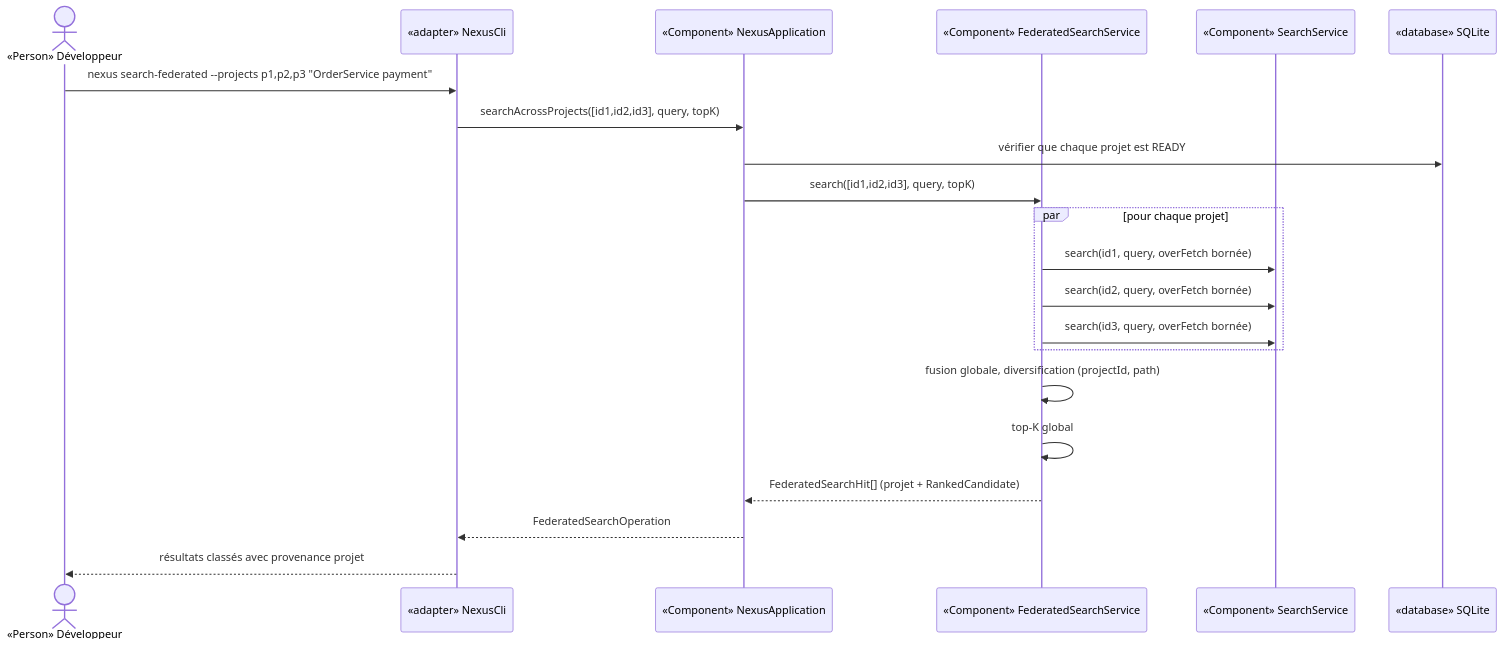
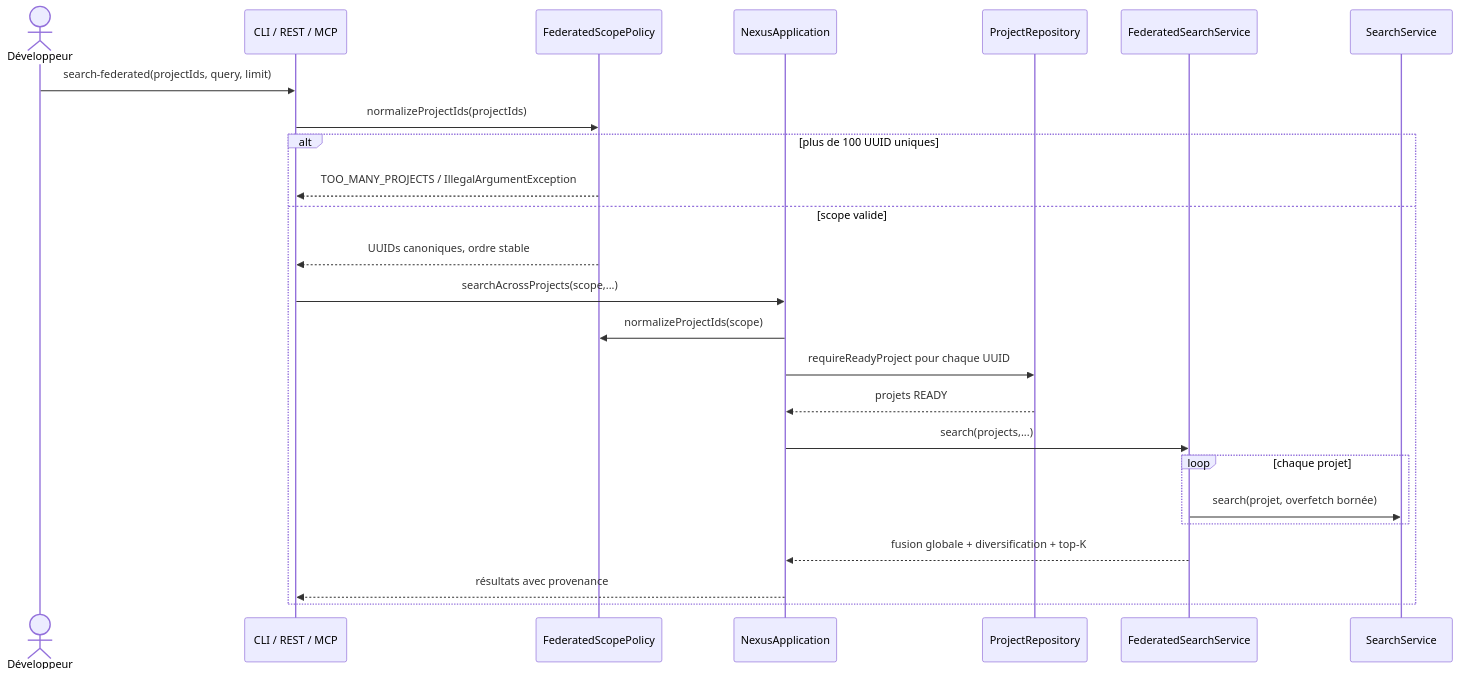
One commit to FTurleque/nexus-context-engine changed the third of 8 diagrams in docs/architecture/arc42/06-vue-execution.md. Above: the diagram before and after it, drawn with Mermaid. The commit also changed other lines of this file and 21 other files, not shown here.

````diff
--- a/docs/architecture/arc42/06-vue-execution.md
+++ b/docs/architecture/arc42/06-vue-execution.md
@@ -106,26 +82,28 @@
 ```mermaid
 sequenceDiagram
-    actor Dev as «Person» Développeur
-    participant CLI as «adapter» NexusCli
-    participant App as «Component» NexusApplication
-    participant FedSearch as «Component» FederatedSearchService
-    participant Search as «Component» SearchService
-    participant SQLiteDB as «database» SQLite
+    actor Dev as Développeur
+    participant Adapter as CLI / REST / MCP
+    participant Policy as FederatedScopePolicy
+    participant App as NexusApplication
+    participant Repo as ProjectRepository
+    participant Fed as FederatedSearchService
+    participant Search as SearchService
 
-    Dev->>CLI: nexus search-federated --projects p1,p2,p3 "OrderService payment"
-    CLI->>App: searchAcrossProjects([id1,id2,id3], query, topK)
-    App->>SQLiteDB: vérifier que chaque projet est READY
-    App->>FedSearch: search([id1,id2,id3], query, topK)
-
-    par pour chaque projet
-        FedSearch->>Search: search(id1, query, overFetch bornée)
-        FedSearch->>Search: search(id2, query, overFetch bornée)
-        FedSearch->>Search: search(id3, query, overFetch bornée)
+    Dev->>Adapter: search-federated(projectIds, query, limit)
+    Adapter->>Policy: normalizeProjectIds(projectIds)
+    alt plus de 100 UUID uniques
+        Policy-->>Adapter: TOO_MANY_PROJECTS / IllegalArgumentException
+    else scope valide
+        Policy-->>Adapter: UUIDs canoniques, ordre stable
+        Adapter->>App: searchAcrossProjects(scope,...)
+        App->>Policy: normalizeProjectIds(scope)
+        App->>Repo: requireReadyProject pour chaque UUID
+        Repo-->>App: projets READY
+        App->>Fed: search(projects,...)
+        loop chaque projet
+            Fed->>Search: search(projet, overfetch bornée)
+        end
+        Fed-->>App: fusion globale + diversification + top-K
+        App-->>Adapter: résultats avec provenance
     end
-
-    FedSearch->>FedSearch: fusion globale, diversification (projectId, path)
-    FedSearch->>FedSearch: top-K global
-    FedSearch-->>App: FederatedSearchHit[] (projet + RankedCandidate)
-    App-->>CLI: FederatedSearchOperation
-    CLI-->>Dev: résultats classés avec provenance projet
 ```
````
